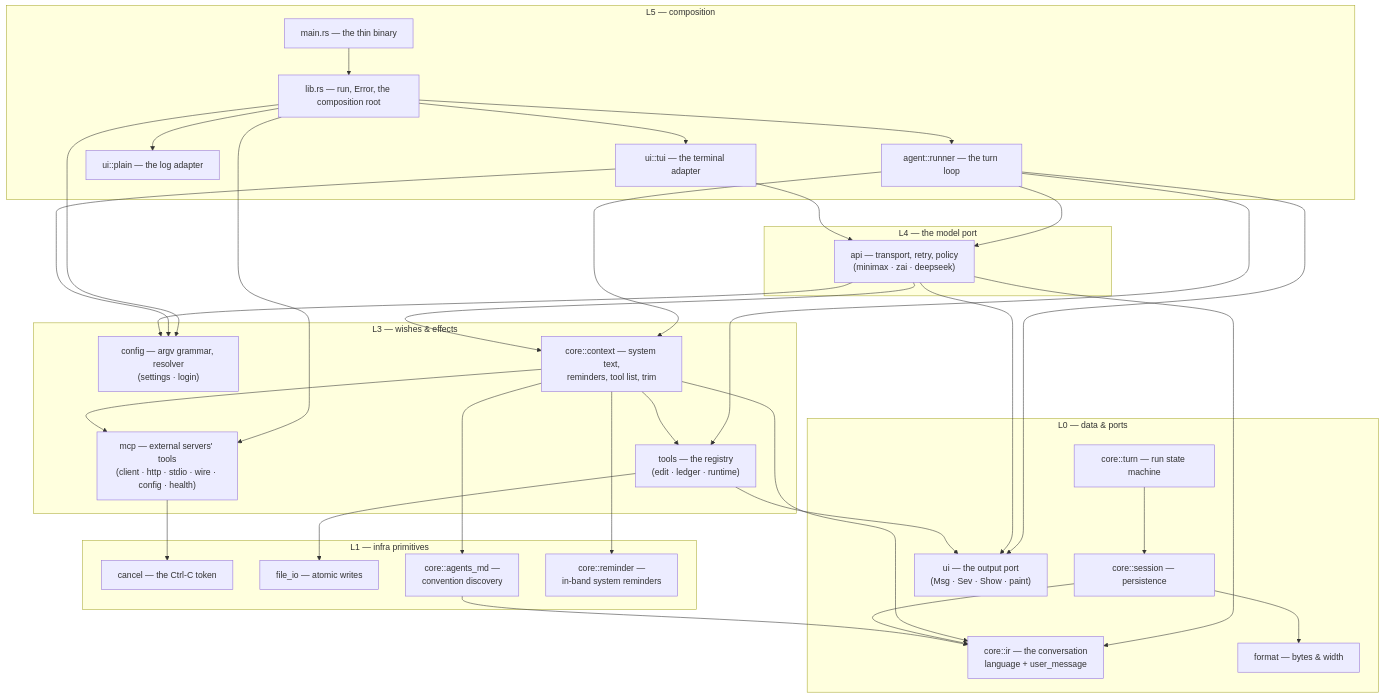
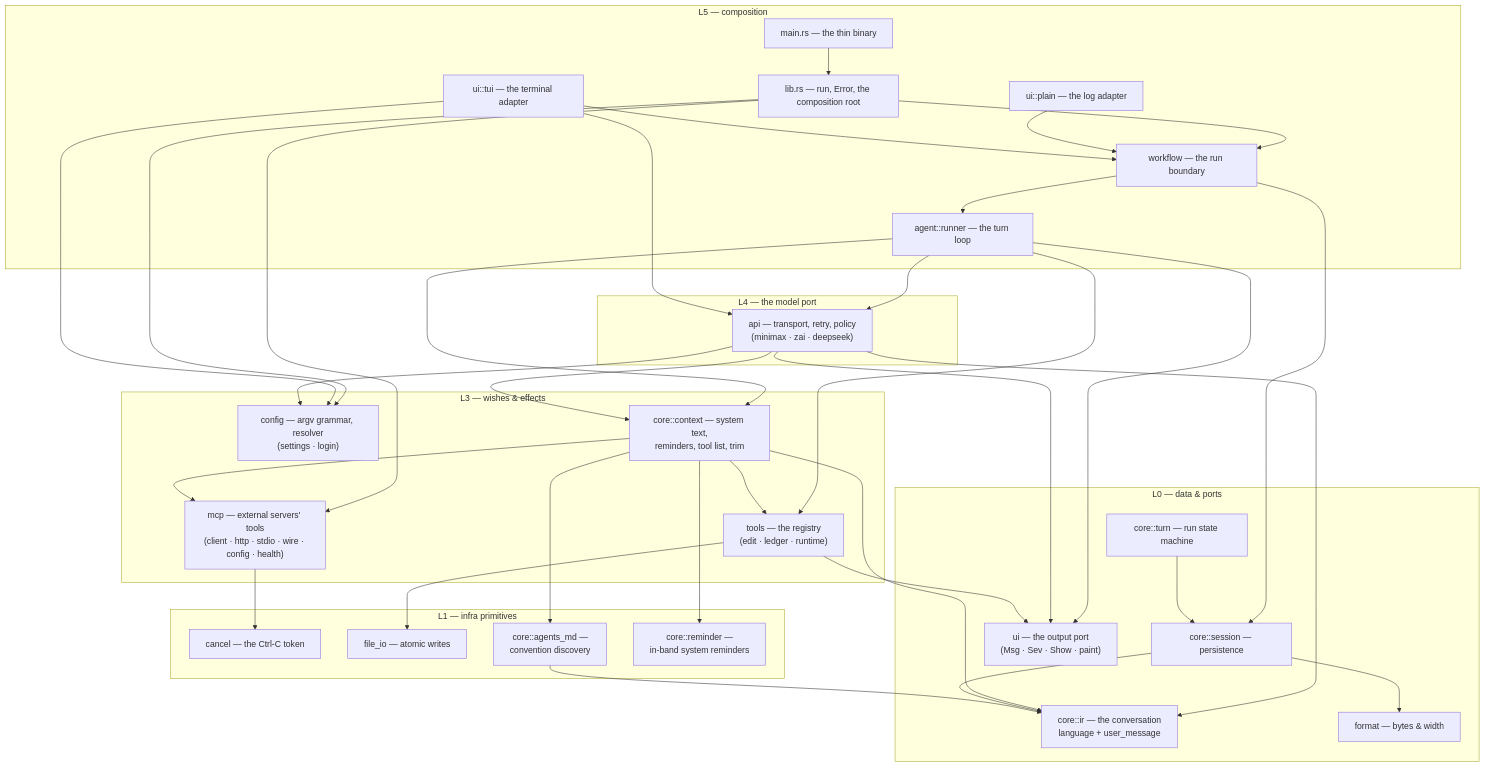
Before and after one commit to unfallenwill/jingwei: the diagram in docs/jingwei-deps.mmd, drawn with Mermaid. The commit also changed 6 other files, not shown here.

First line of the commit message:
workflow: one run boundary

```diff
--- a/docs/jingwei-deps.mmd
+++ b/docs/jingwei-deps.mmd
@@ -1,75 +1,79 @@
 %% jingwei's module dependency graph, after the cluster regrouping.
 %% Render me: paste into https://mermaid.live (or `mmdc -i jingwei-deps.mmd`).
 %% The enforced contract is tests/architecture.rs; this picture is the tour.
 %% Rule: dependencies point downward only. The ui port sits at the bottom
 %% (everything emits through it); its adapters sit at the top (nothing may
 %% depend on a frontend).
 
 flowchart TD
     subgraph L5["L5 — composition"]
         bin["main.rs — the thin binary"]
         lib["lib.rs — run, Error, the composition root"]
+        workflow["workflow — the run boundary"]
         loop_["agent::runner — the turn loop"]
         plain["ui::plain — the log adapter"]
         tui["ui::tui — the terminal adapter"]
     end
 
     subgraph L4["L4 — the model port"]
         api["api — transport, retry, policy<br/>(minimax · zai · deepseek)"]
     end
 
     subgraph L3["L3 — wishes & effects"]
         config["config — argv grammar, resolver<br/>(settings · login)"]
         context["core::context — system text,<br/>reminders, tool list, trim"]
         tools["tools — the registry<br/>(edit · ledger · runtime)"]
         mcp["mcp — external servers' tools<br/>(client · http · stdio · wire · config · health)"]
     end
 
     subgraph L1["L1 — infra primitives"]
         cancel["cancel — the Ctrl-C token"]
         fileio["file_io — atomic writes"]
         agentsmd["core::agents_md —<br/>convention discovery"]
         reminder["core::reminder —<br/>in-band system reminders"]
     end
 
     subgraph L0["L0 — data & ports"]
         ir["core::ir — the conversation<br/>language + user_message"]
         session["core::session — persistence"]
         turn["core::turn — run state machine"]
         uip["ui — the output port<br/>(Msg · Sev · Show · paint)"]
         format["format — bytes & width"]
     end
 
     bin --> lib
-    lib --> loop_
-    lib --> plain
-    lib --> tui
+    lib --> workflow
     lib --> config
     lib --> mcp
+    plain --> workflow
+    tui --> workflow
+
+    workflow --> loop_
+    workflow --> session
 
     loop_ --> api
     loop_ --> tools
     loop_ --> context
     loop_ --> uip
     tui --> api
     tui --> config
 
     api --> context
     api --> config
     api --> uip
     api --> ir
 
     context --> ir
     context --> tools
     context --> mcp
     context --> reminder
     context --> agentsmd
 
     tools --> uip
     tools --> fileio
     mcp --> cancel
 
     session --> ir
     session --> format
     turn --> session
     agentsmd --> ir
```
